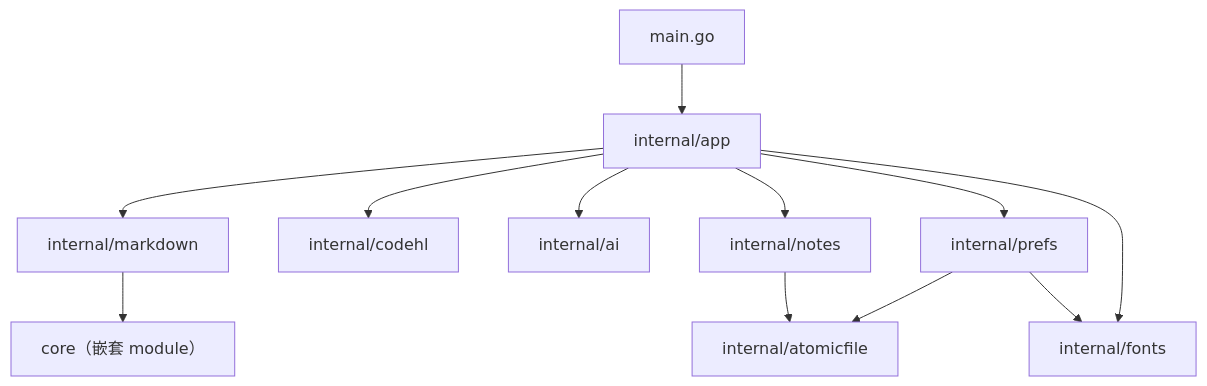
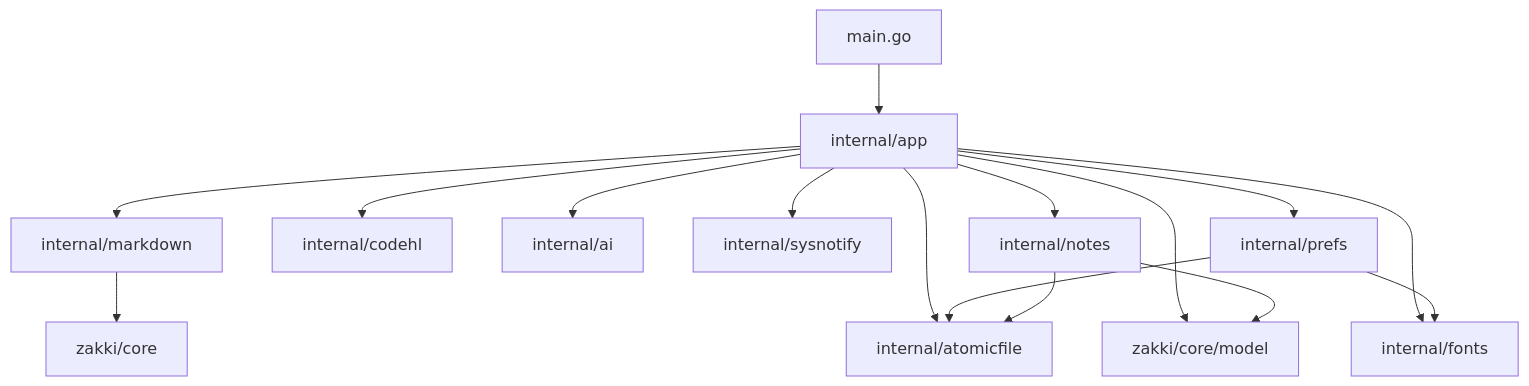
Before and after one commit to gomeen/Zakki: the diagram in docs/engineering-standard.md, drawn with Mermaid. The commit also changed other lines of this file and 39 other files, not shown here.

````diff
--- a/docs/engineering-standard.md
+++ b/docs/engineering-standard.md
@@ -48,24 +48,30 @@
 ```mermaid
 flowchart TD
     entry["main.go"]
     appPkg["internal/app"]
     mdPkg["internal/markdown"]
     hlPkg["internal/codehl"]
     aiPkg["internal/ai"]
+    notifyPkg["internal/sysnotify"]
     notesPkg["internal/notes"]
     prefsPkg["internal/prefs"]
     fontsPkg["internal/fonts"]
     atomicPkg["internal/atomicfile"]
-    corePkg["core（嵌套 module）"]
+    corePkg["zakki/core"]
+    modelPkg["zakki/core/model"]
     entry --> appPkg
     appPkg --> mdPkg
     appPkg --> hlPkg
     appPkg --> aiPkg
+    appPkg --> notifyPkg
     appPkg --> notesPkg
     appPkg --> prefsPkg
     appPkg --> fontsPkg
+    appPkg --> atomicPkg
+    appPkg --> modelPkg
     prefsPkg --> atomicPkg
     prefsPkg --> fontsPkg
     notesPkg --> atomicPkg
+    notesPkg --> modelPkg
     mdPkg --> corePkg
 ```
````
